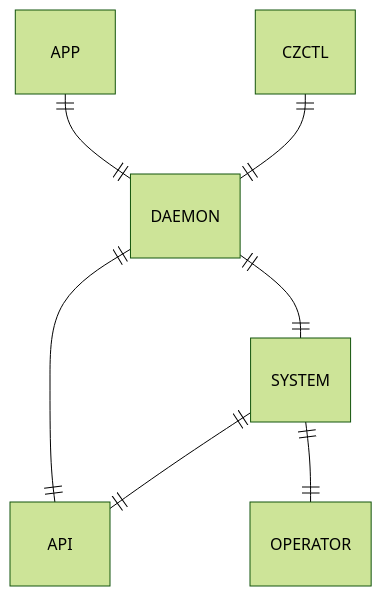
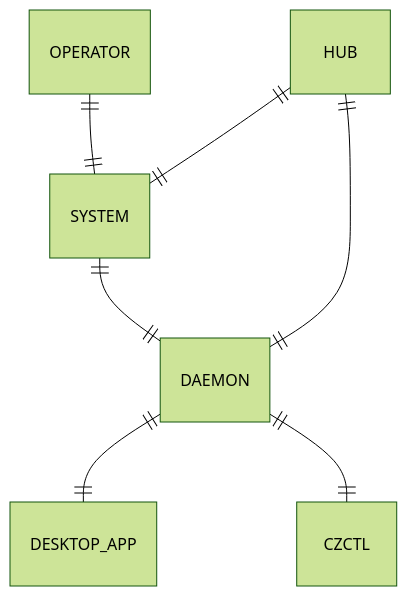
Before and after one commit to c6o/docs: the second of 2 diagrams in docs/references/architecture.md, drawn with Mermaid. The commit also changed other lines of this file, not shown here.

First line of the commit message:
Update architecture.md - re-organized Arch diagram,

````diff
--- a/docs/references/architecture.md
+++ b/docs/references/architecture.md
@@ -27,16 +26,16 @@
 ```mermaid
 %%{init: {"theme": "forest", "themeCSS": [
-    "[id*=entity-API] .er.entityBox { fill: orange;}",
+    "[id*=entity-HUB] .er.entityBox { fill: orange;}",
     "[id*=entity-OPERATOR] .er.entityBox { fill: pink;}",
     "[id*=entity-SYSTEM] .er.entityBox { fill: pink;}"
     ]
 }}%%
 
 erDiagram
-    SYSTEM ||--|| API : ""
-    SYSTEM ||--|| OPERATOR : ""
-    CZCTL ||--|| DAEMON : ""
-    APP ||--|| DAEMON : ""
-    DAEMON ||--|| SYSTEM : ""
-    DAEMON ||--|| API : ""
+    OPERATOR ||--|| SYSTEM : ""
+    HUB ||--|| SYSTEM : ""
+    HUB ||--|| DAEMON : ""
+    SYSTEM ||--|| DAEMON : ""
+    DAEMON  ||--|| DESKTOP_APP : ""
+    DAEMON ||--|| CZCTL : ""
 ```
````
